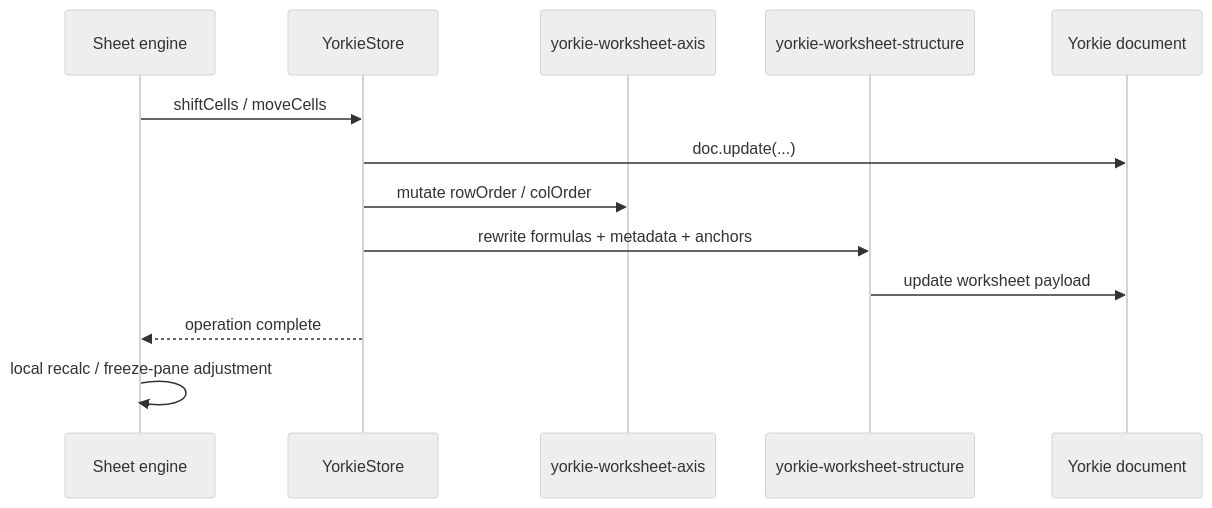
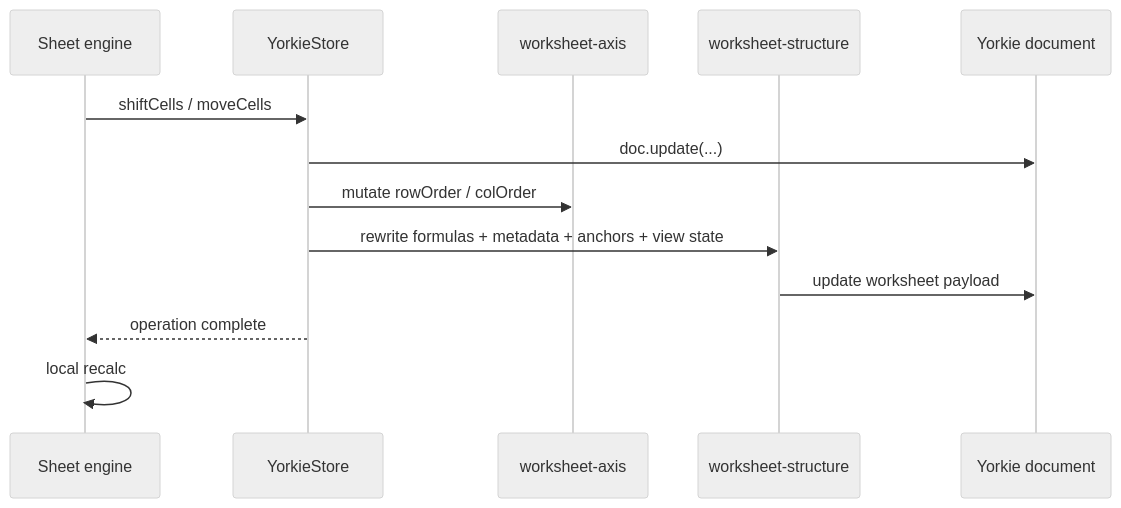
The second of 2 diagrams in docs/design/sheets/collaboration.md (wafflebase/wafflebase), drawn with Mermaid (neutral theme) before and after one commit. The commit also changed other lines of this file and 25 other files, not shown here.

````diff
--- a/docs/design/sheets/collaboration.md
+++ b/docs/design/sheets/collaboration.md
@@ -155,16 +162,16 @@
 ```mermaid
 sequenceDiagram
     participant Sheet as Sheet engine
     participant Store as YorkieStore
-    participant Axis as yorkie-worksheet-axis
-    participant Struct as yorkie-worksheet-structure
+    participant Axis as worksheet-axis
+    participant Struct as worksheet-structure
     participant Doc as Yorkie document
 
     Sheet->>Store: shiftCells / moveCells
     Store->>Doc: doc.update(...)
     Store->>Axis: mutate rowOrder / colOrder
-    Store->>Struct: rewrite formulas + metadata + anchors
+    Store->>Struct: rewrite formulas + metadata + anchors + view state
     Struct->>Doc: update worksheet payload
     Store-->>Sheet: operation complete
-    Sheet->>Sheet: local recalc / freeze-pane adjustment
+    Sheet->>Sheet: local recalc
 ```
````
